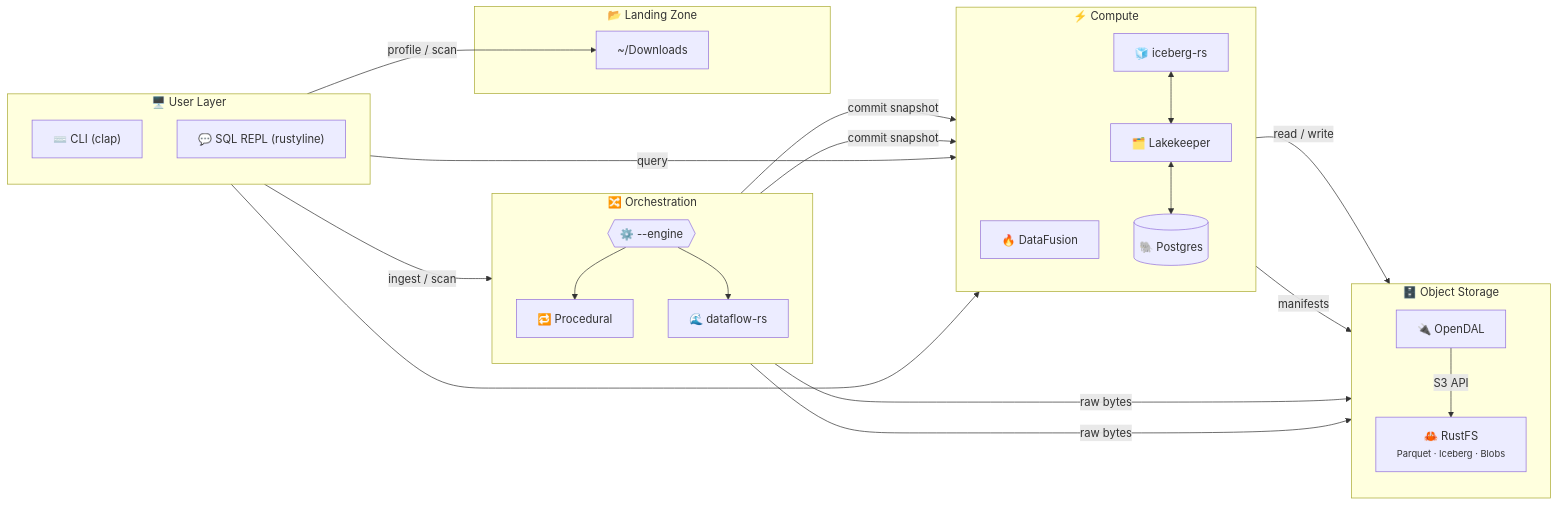
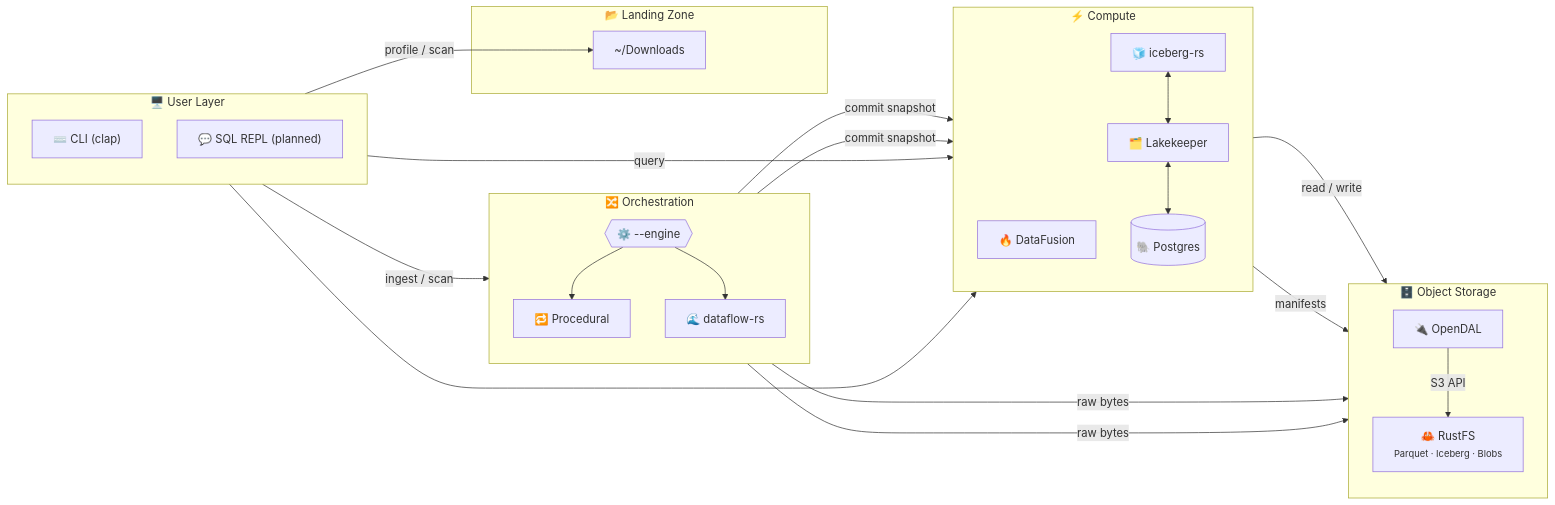
Before and after one commit to sm4rtm4art/anti_entropator: the first of 2 diagrams in docs/design/architecture.md, drawn with Mermaid. The commit also changed other lines of this file and 5 other files, not shown here.

````diff
--- a/docs/design/architecture.md
+++ b/docs/design/architecture.md
@@ -9,47 +9,47 @@
 ```mermaid
 flowchart LR
     subgraph UL["🖥️  User Layer"]
         direction TB
         CLI["⌨️  CLI (clap)"]
-        REPL["💬  SQL REPL (rustyline)"]
+        REPL["💬  SQL REPL (planned)"]
     end
 
     subgraph OR["🔀  Orchestration"]
         direction TB
         SWITCH{{"⚙️  --engine"}}
         PROC["🔁  Procedural"]
         DFRS["🌊  dataflow-rs"]
         SWITCH --> PROC & DFRS
     end
 
     subgraph CP["⚡  Compute"]
         direction TB
         DF["🔥  DataFusion"]
         ICE["🧊  iceberg-rs"]
         CAT["🗂️  Lakekeeper"]
         PG[("🐘  Postgres")]
         ICE <--> CAT <--> PG
     end
 
     subgraph ST["🗄️  Object Storage"]
         direction TB
         IO["🔌  OpenDAL"]
         RFS["🦀  RustFS<br/><small>Parquet · Iceberg · Blobs</small>"]
         IO -->|S3 API| RFS
     end
 
     subgraph LZ["📂  Landing Zone"]
         Downloads["~/Downloads"]
     end
 
     CLI -->|"profile / scan"| Downloads
     CLI -->|"ingest / scan"| SWITCH
     CLI -->|query| DF
     REPL --> DF
 
     PROC & DFRS -->|"raw bytes"| IO
     PROC & DFRS -->|"commit snapshot"| ICE
 
     DF -->|"read / write"| IO
     ICE -->|manifests| IO
 ```
````
